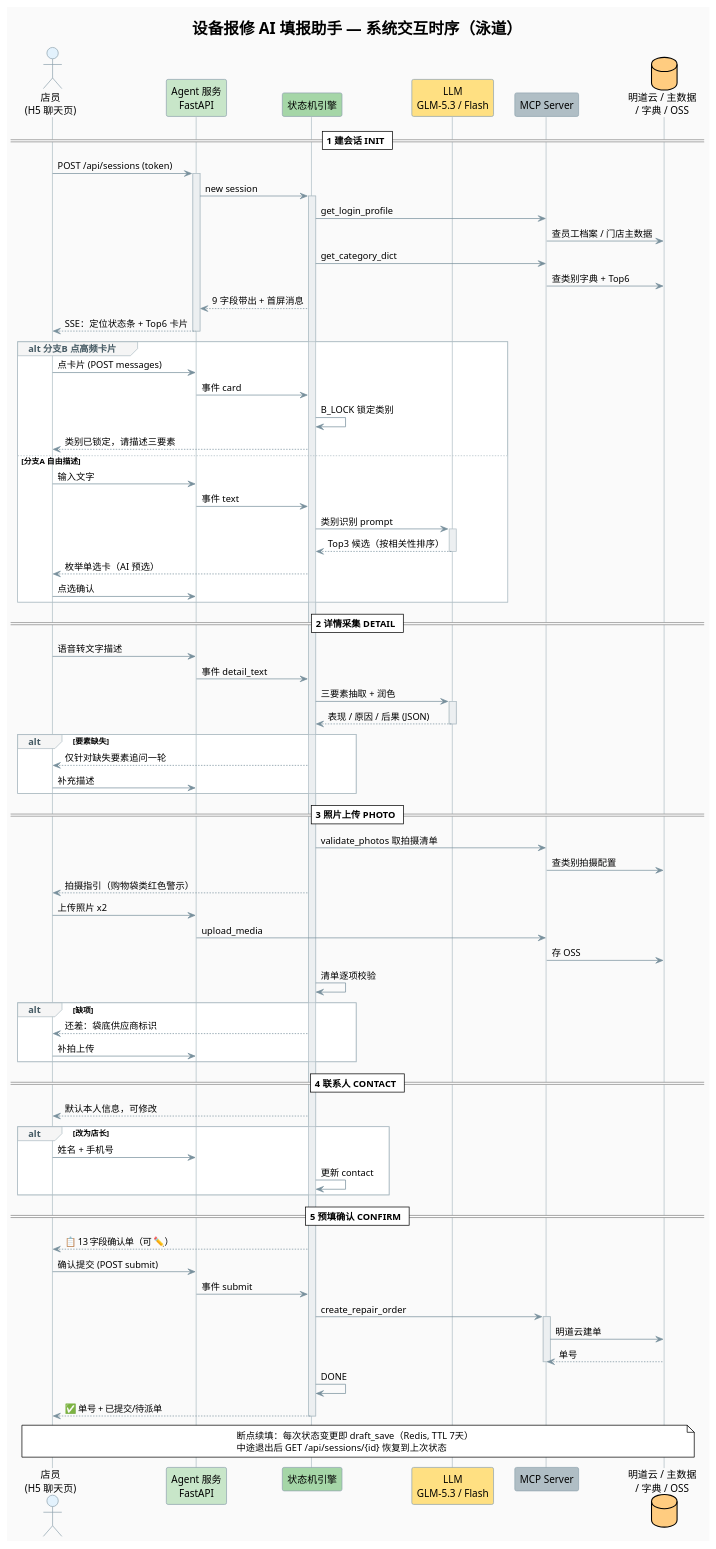
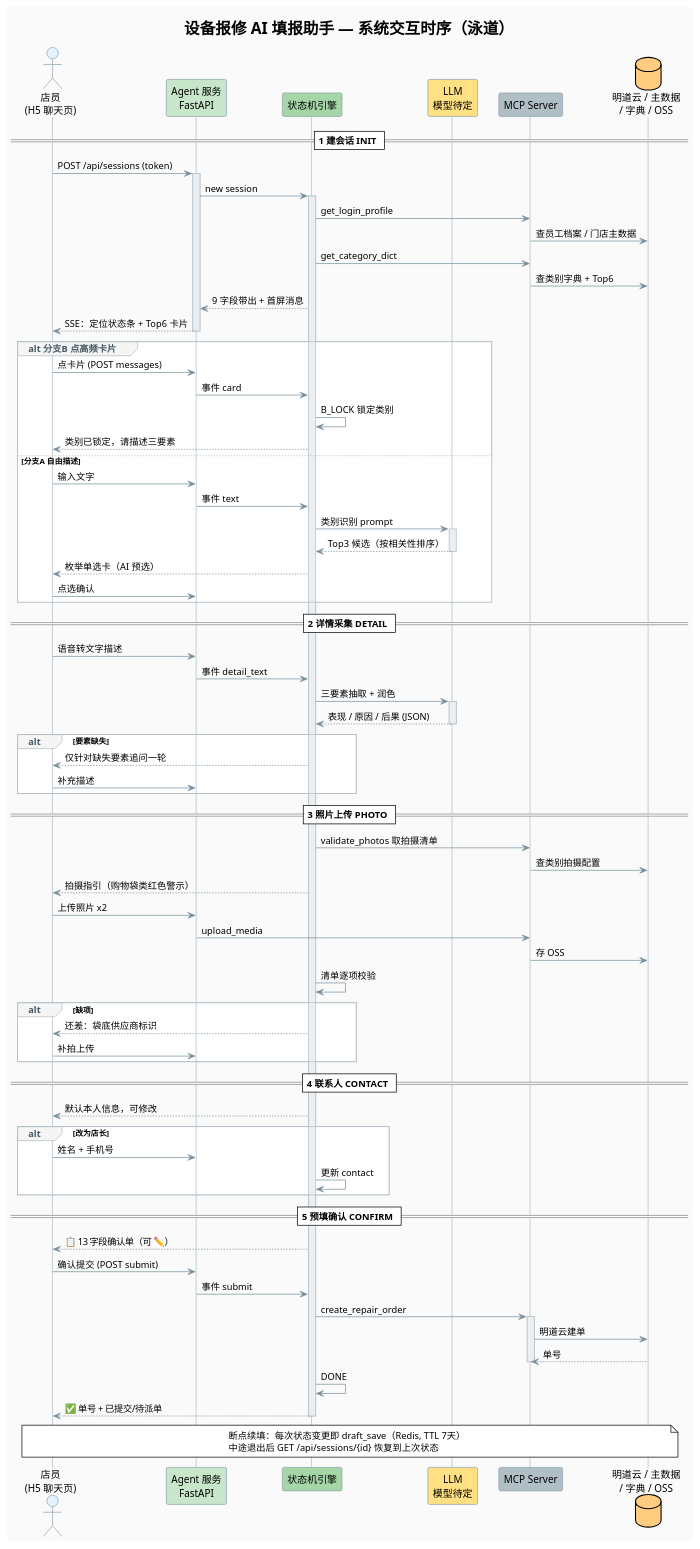
One commit to bai876939716/my_doc changed the diagram in src/main/hotmaxx/需求点/输入优化/diagrams/03-系统交互泳道图.puml. Above: the diagram before and after it, drawn with PlantUML. The commit also changed 18 other files, not shown here.

```diff
--- a/src/main/hotmaxx/需求点/输入优化/diagrams/03-系统交互泳道图.puml
+++ b/src/main/hotmaxx/需求点/输入优化/diagrams/03-系统交互泳道图.puml
@@ -1,104 +1,104 @@
 @startuml 设备报修AI填报-系统交互泳道图
 !theme plain
 skinparam backgroundColor #FAFAFA
 skinparam defaultFontName "PingFang SC,Microsoft YaHei,Arial"
 skinparam sequence {
   ArrowColor #78909C
   LifeLineBorderColor #B0BEC5
   LifeLineBackgroundColor #ECEFF1
   ParticipantBackgroundColor #ECEFF1
   ParticipantBorderColor #90A4AE
   ActorBackgroundColor #E3F2FD
   ActorBorderColor #90A4AE
   GroupBackgroundColor #F5F5F5
   GroupBorderColor #B0BEC5
   GroupHeaderFontColor #455A64
 }
 title 设备报修 AI 填报助手 — 系统交互时序（泳道）
 
 actor "店员\n(H5 聊天页)" as U #E3F2FD
 participant "Agent 服务\nFastAPI" as AG #C8E6C9
 participant "状态机引擎" as SM #A5D6A7
-participant "LLM\nGLM-5.3 / Flash" as LLM #FFE082
+participant "LLM\n模型待定" as LLM #FFE082
 participant "MCP Server" as MCP #B0BEC5
 database "明道云 / 主数据\n/ 字典 / OSS" as BACK #FFCC80
 
 == 1 建会话 INIT ==
 U -> AG : POST /api/sessions (token)
 activate AG
 AG -> SM : new session
 activate SM
 SM -> MCP : get_login_profile
 MCP -> BACK : 查员工档案 / 门店主数据
 SM -> MCP : get_category_dict
 MCP -> BACK : 查类别字典 + Top6
 SM --> AG : 9 字段带出 + 首屏消息
 AG --> U : SSE：定位状态条 + Top6 卡片
 deactivate AG
 
 group alt 分支B 点高频卡片
   U -> AG : 点卡片 (POST messages)
   AG -> SM : 事件 card
   SM -> SM : B_LOCK 锁定类别
   SM --> U : 类别已锁定，请描述三要素
 else 分支A 自由描述
   U -> AG : 输入文字
   AG -> SM : 事件 text
   SM -> LLM : 类别识别 prompt
   activate LLM
   LLM --> SM : Top3 候选（按相关性排序）
   deactivate LLM
   SM --> U : 枚举单选卡（AI 预选）
   U -> AG : 点选确认
 end
 
 == 2 详情采集 DETAIL ==
 U -> AG : 语音转文字描述
 AG -> SM : 事件 detail_text
 SM -> LLM : 三要素抽取 + 润色
 activate LLM
 LLM --> SM : 表现 / 原因 / 后果 (JSON)
 deactivate LLM
 alt 要素缺失
   SM --> U : 仅针对缺失要素追问一轮
   U -> AG : 补充描述
 end
 
 == 3 照片上传 PHOTO ==
 SM -> MCP : validate_photos 取拍摄清单
 MCP -> BACK : 查类别拍摄配置
 SM --> U : 拍摄指引（购物袋类红色警示）
 U -> AG : 上传照片 x2
 AG -> MCP : upload_media
 MCP -> BACK : 存 OSS
 SM -> SM : 清单逐项校验
 alt 缺项
   SM --> U : 还差：袋底供应商标识
   U -> AG : 补拍上传
 end
 
 == 4 联系人 CONTACT ==
 SM --> U : 默认本人信息，可修改
 alt 改为店长
   U -> AG : 姓名 + 手机号
   SM -> SM : 更新 contact
 end
 
 == 5 预填确认 CONFIRM ==
 SM --> U : 📋 13 字段确认单（可 ✏️）
 U -> AG : 确认提交 (POST submit)
 AG -> SM : 事件 submit
 SM -> MCP : create_repair_order
 activate MCP
 MCP -> BACK : 明道云建单
 BACK --> MCP : 单号
 deactivate MCP
 SM -> SM : DONE
 SM --> U : ✅ 单号 + 已提交/待派单
 deactivate SM
 
 note over U, BACK
   断点续填：每次状态变更即 draft_save（Redis, TTL 7天）
   中途退出后 GET /api/sessions/{id} 恢复到上次状态
 end note
 @enduml
```
